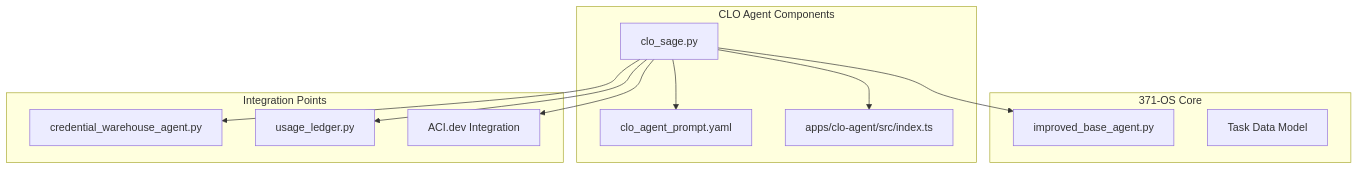
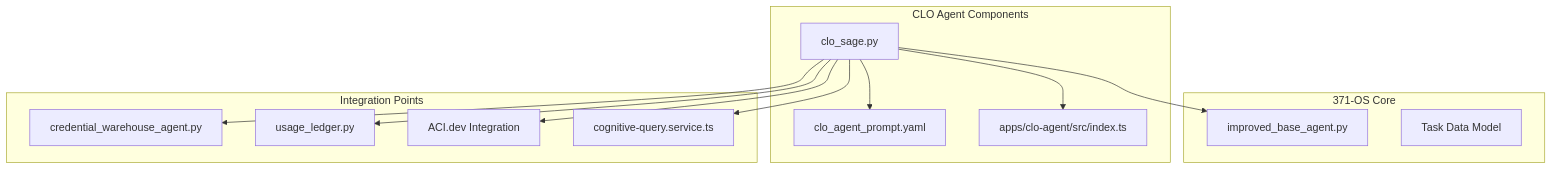
The first of 3 diagrams in .qoder/repowiki/en/content/Agent Ecosystem/C-Suite Agents/CLO Agent (Alex).md (371-Minds/os), drawn with Mermaid before and after one commit. The commit also changed other lines of this file and 30 other files, not shown here.

````diff
--- a/.qoder/repowiki/en/content/Agent Ecosystem/C-Suite Agents/CLO Agent (Alex).md
+++ b/.qoder/repowiki/en/content/Agent Ecosystem/C-Suite Agents/CLO Agent (Alex).md
@@ -43,23 +46,25 @@
 ```mermaid
 graph TD
 subgraph "371-OS Core"
 BaseAgent[improved_base_agent.py]
 TaskModel[Task Data Model]
 end
 subgraph "CLO Agent Components"
 CloAgent[clo_sage.py]
 PromptTemplate[clo_agent_prompt.yaml]
 Config[apps/clo-agent/src/index.ts]
 end
 subgraph "Integration Points"
 CredentialWarehouse[credential_warehouse_agent.py]
 UsageLedger[usage_ledger.py]
 ACIDev[ACI.dev Integration]
+CognitiveQuery[cognitive-query.service.ts]
 end
 CloAgent --> BaseAgent
 CloAgent --> PromptTemplate
 CloAgent --> Config
 CloAgent --> CredentialWarehouse
 CloAgent --> UsageLedger
 CloAgent --> ACIDev
+CloAgent --> CognitiveQuery
 ```
````
